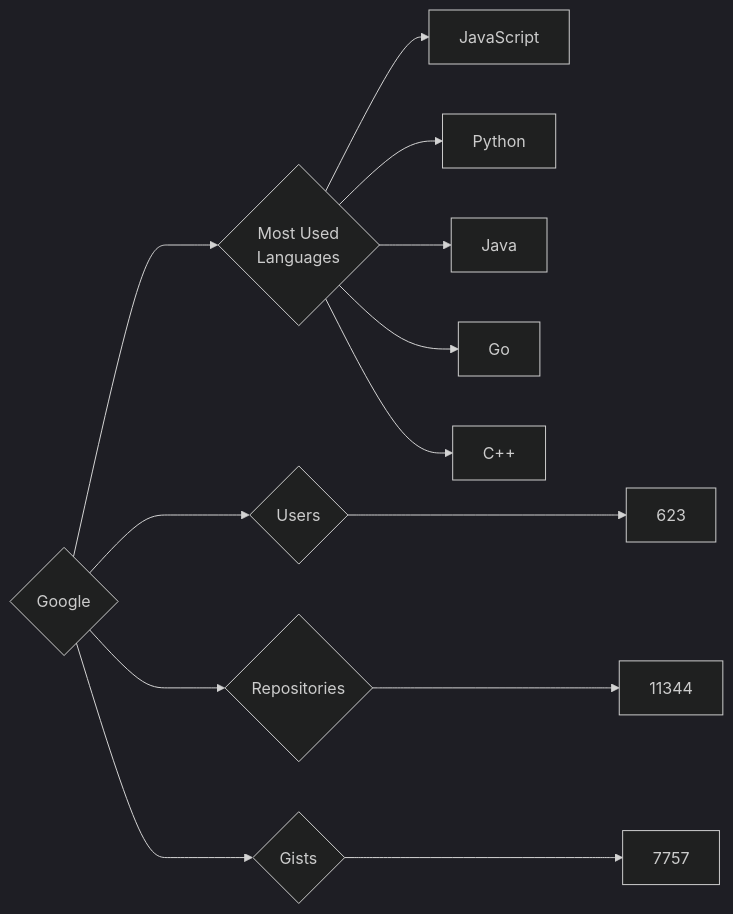
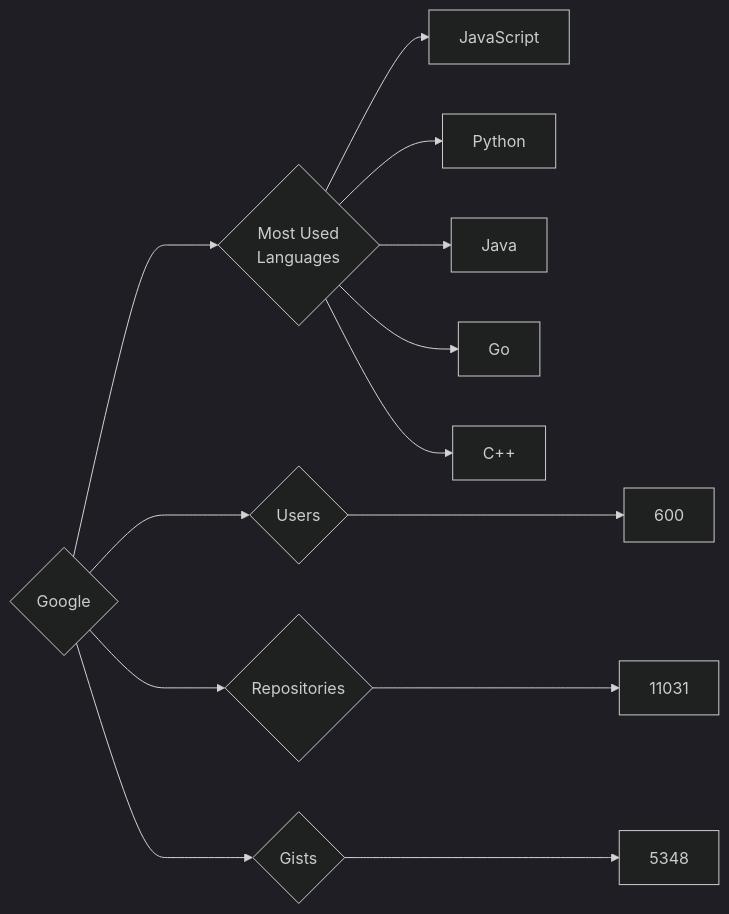
One commit to trickest/insiders changed the diagram in targets/Google/README.md. Above: the diagram before and after it, drawn with Mermaid (dark theme). The commit also changed 1314 other files, not shown here.

````diff
--- a/targets/Google/README.md
+++ b/targets/Google/README.md
@@ -3,13 +3,13 @@
 ```mermaid
 graph LR
 COMPANY_NAME{Google}
-COMPANY_NAME ---> U{Users} ---> UN[623]
-COMPANY_NAME ---> R{Repositories} ---> RN[11344]
-COMPANY_NAME ---> G{Gists} ---> GN[7757]
+COMPANY_NAME ---> U{Users} ---> UN[600]
+COMPANY_NAME ---> R{Repositories} ---> RN[11031]
+COMPANY_NAME ---> G{Gists} ---> GN[5348]
 COMPANY_NAME ---> ML{Most Used<br>Languages}
 ML --> JavaScript[JavaScript]
 ML --> Python[Python]
 ML --> Java[Java]
 ML --> Go[Go]
 ML --> C++[C++]
 ```
````
